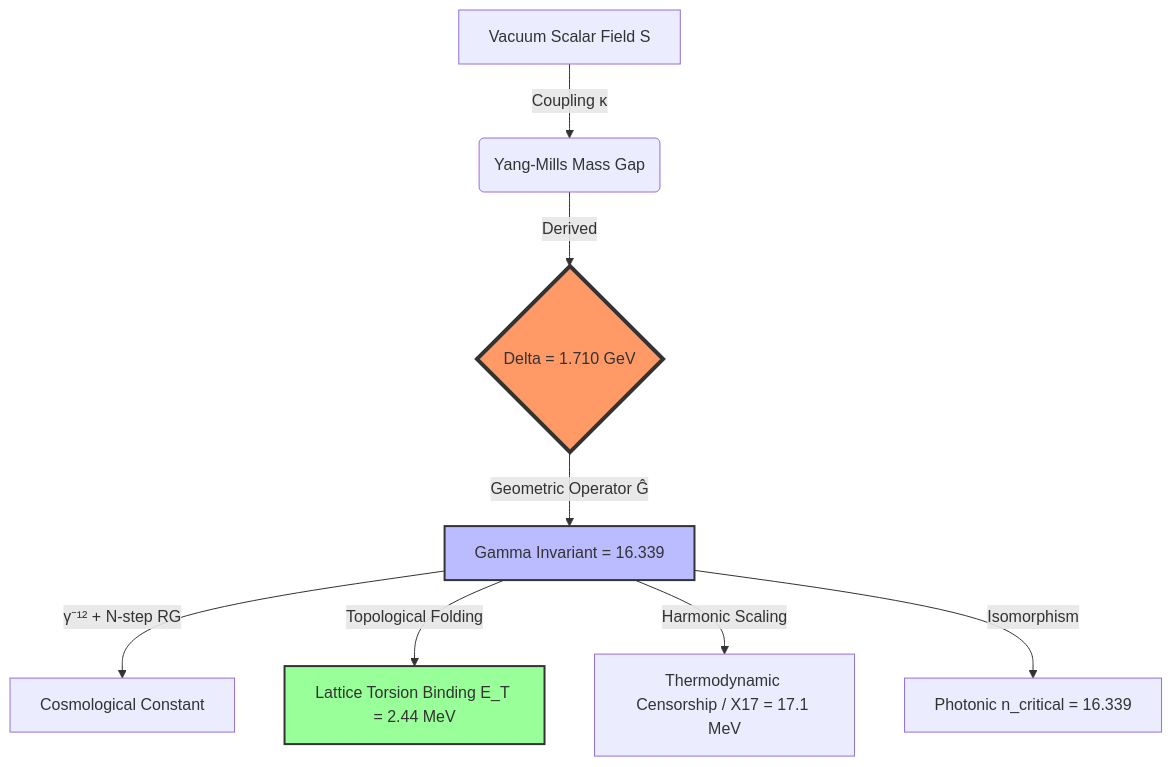
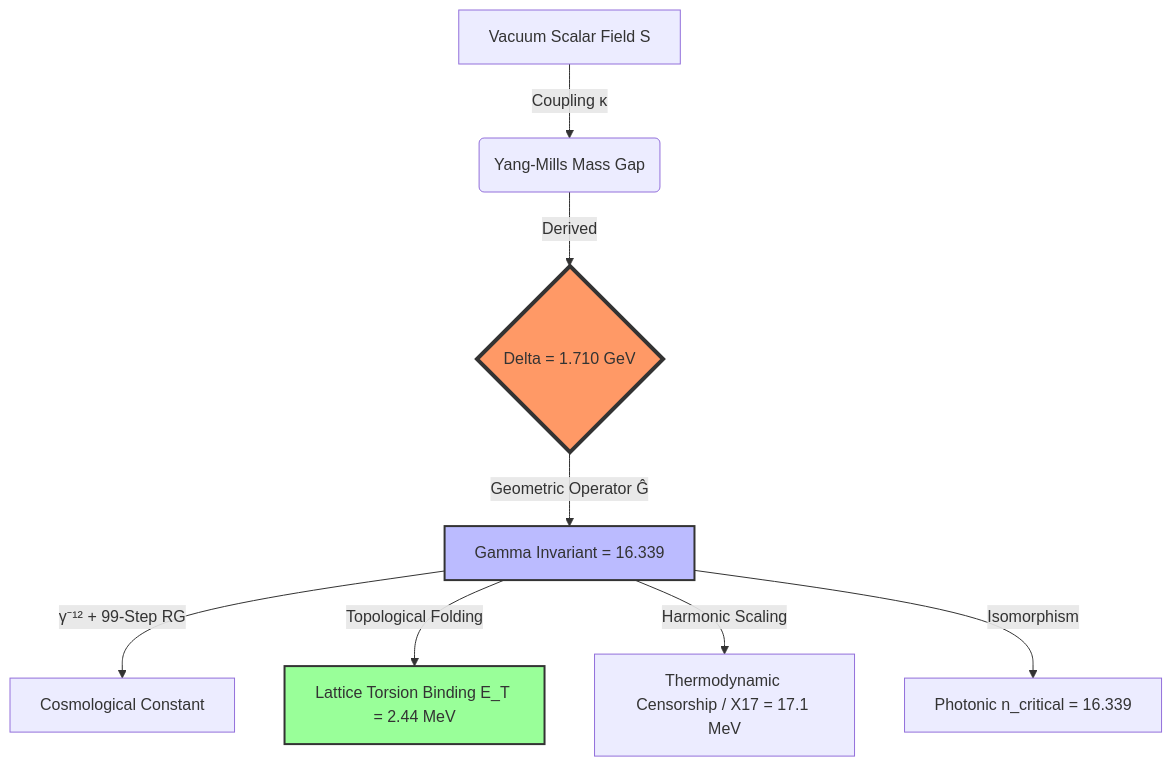
The diagram in README.md (Mass-Gap/UIDT-Framework-v3.9-Canonical), drawn with Mermaid before and after one commit. The commit also changed other lines of this file and 30 other files, not shown here.

````diff
--- a/README.md
+++ b/README.md
@@ -89,16 +89,16 @@
 ```mermaid
 graph TD
     A[Vacuum Scalar Field S] -->|Coupling κ| B(Yang-Mills Mass Gap);
     B -->|Derived| C{Delta = 1.710 GeV};
     C -->|Geometric Operator Ĝ| D[Gamma Invariant = 16.339];
     
-    D -->|γ⁻¹² + N-step RG| E[Cosmological Constant];
+    D -->|γ⁻¹² + 99-Step RG| E[Cosmological Constant];
     D -->|Topological Folding| F[Lattice Torsion Binding E_T = 2.44 MeV];
     D -->|Harmonic Scaling| G[Thermodynamic Censorship / X17 = 17.1 MeV];
     D -->|Isomorphism| H[Photonic n_critical = 16.339];
     
     style C fill:#f96,stroke:#333,stroke-width:4px
     style D fill:#bbf,stroke:#333,stroke-width:2px
     style F fill:#9f9,stroke:#333,stroke-width:2px
 
 ```
````
